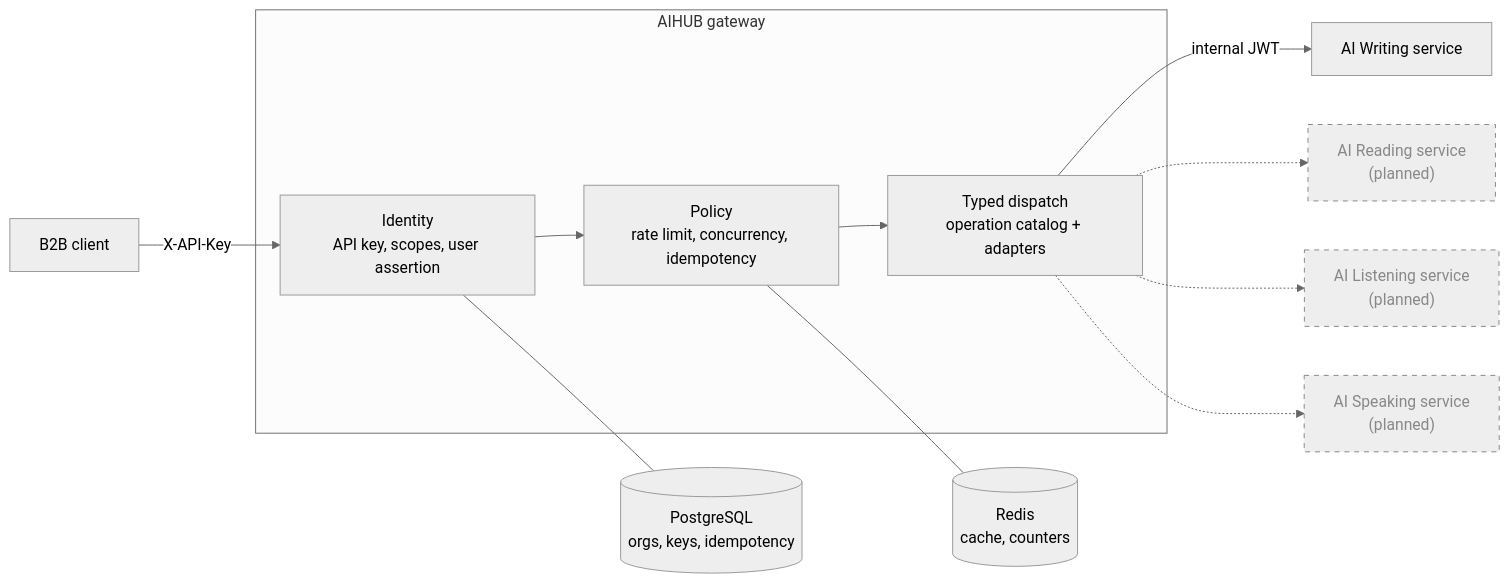
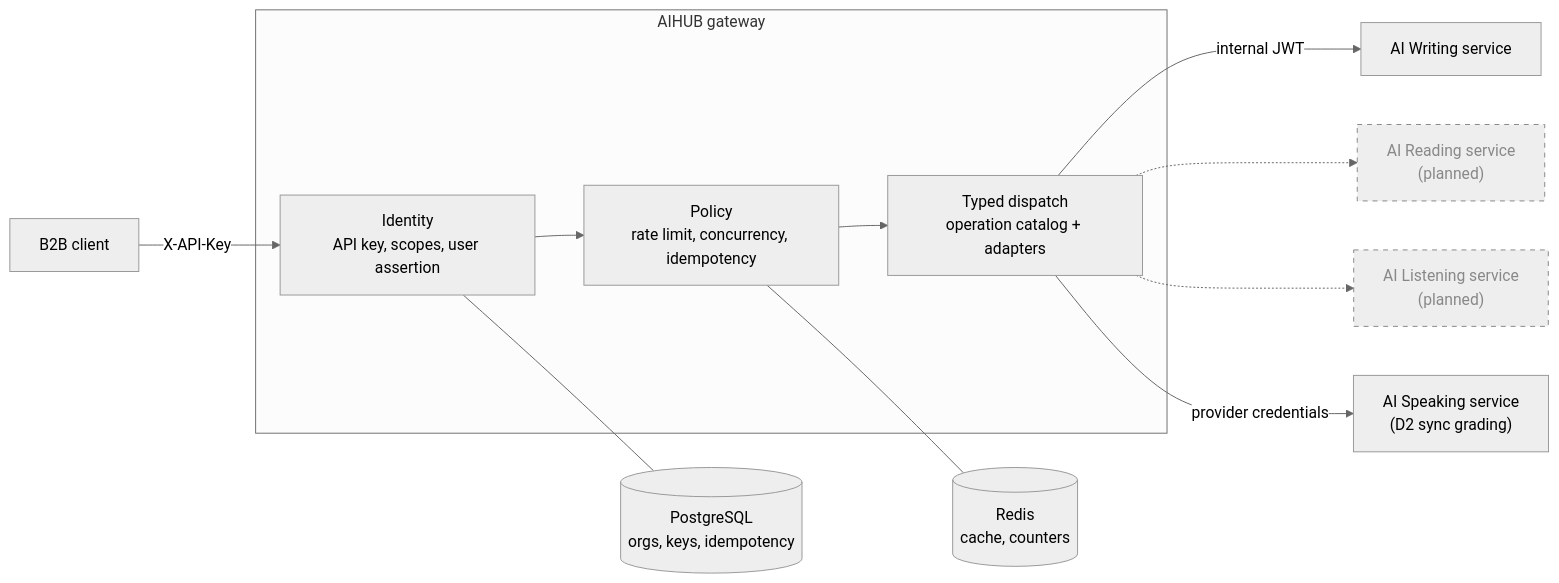
One commit to AiHub-Ecosystem/aihub-be changed the diagram in README.md. Above: the diagram before and after it, drawn with Mermaid (neutral theme). The commit also changed other lines of this file and 2 other files, not shown here.

Commit message:
docs: update local demo for AI Speaking

````diff
--- a/README.md
+++ b/README.md
@@ -13,28 +14,28 @@
 ```mermaid
 flowchart LR
     client["B2B client"]
 
     subgraph aihub["AIHUB gateway"]
         identity["Identity<br/>API key, scopes, user assertion"]
         gateway["Policy<br/>rate limit, concurrency, idempotency"]
         dispatch["Typed dispatch<br/>operation catalog + adapters"]
     end
 
     pg[("PostgreSQL<br/>orgs, keys, idempotency")]
     redis[("Redis<br/>cache, counters")]
     writing["AI Writing service"]
     reading["AI Reading service<br/>(planned)"]
     listening["AI Listening service<br/>(planned)"]
-    speaking["AI Speaking service<br/>(planned)"]
+    speaking["AI Speaking service<br/>(D2 sync grading)"]
 
     client -->|X-API-Key| identity --> gateway --> dispatch
     dispatch -->|internal JWT| writing
     dispatch -.-> reading
     dispatch -.-> listening
-    dispatch -.-> speaking
+    dispatch -->|provider credentials| speaking
     identity --- pg
     gateway --- redis
 
     classDef planned stroke-dasharray: 5 5,color:#888,stroke:#888
-    class reading,listening,speaking planned
+    class reading,listening planned
 ```
````
